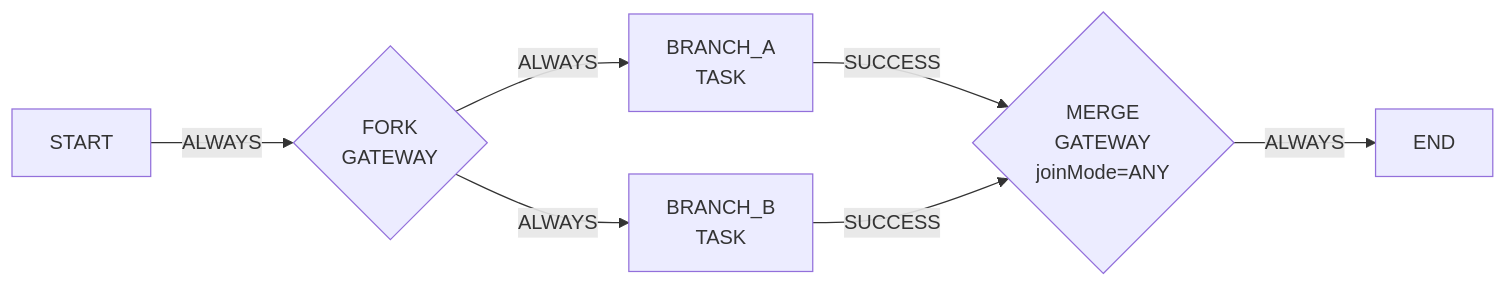
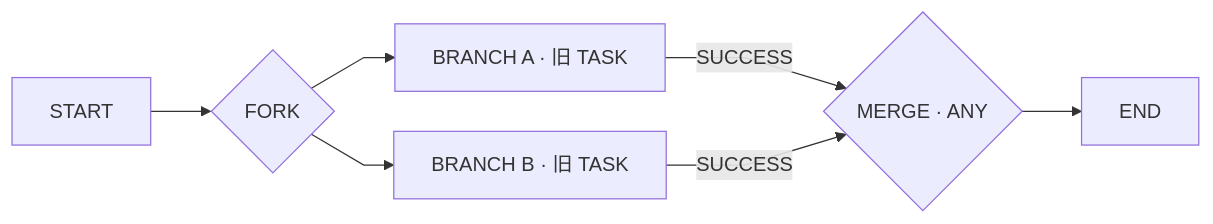
The sixth of 6 diagrams in docs/architecture/workflow-dependency-guide.md (pinpols/file-batch-system), drawn with Mermaid before and after one commit. The commit also changed other lines of this file and 5032 other files, not shown here.

````diff
--- a/docs/architecture/workflow-dependency-guide.md
+++ b/docs/architecture/workflow-dependency-guide.md
@@ -475,9 +394,10 @@
 ```mermaid
+%%{init: {"flowchart":{"curve":"linear","nodeSpacing":32,"rankSpacing":48},"sequence":{"mirrorActors":false}}}%%
 flowchart LR
-  S[START] -- ALWAYS --> F{FORK<br/>GATEWAY}
-  F -- ALWAYS --> A[BRANCH_A<br/>TASK]
-  F -- ALWAYS --> B[BRANCH_B<br/>TASK]
-  A -- SUCCESS --> M{MERGE<br/>GATEWAY<br/>joinMode=ANY}
-  B -- SUCCESS --> M
-  M -- ALWAYS --> END[END]
+  S["START"] --> F{"FORK"}
+  F --> A["BRANCH A · 旧 TASK"]
+  F --> B["BRANCH B · 旧 TASK"]
+  A -->|"SUCCESS"| M{"MERGE · ANY"}
+  B -->|"SUCCESS"| M
+  M --> E["END"]
 ```
````
